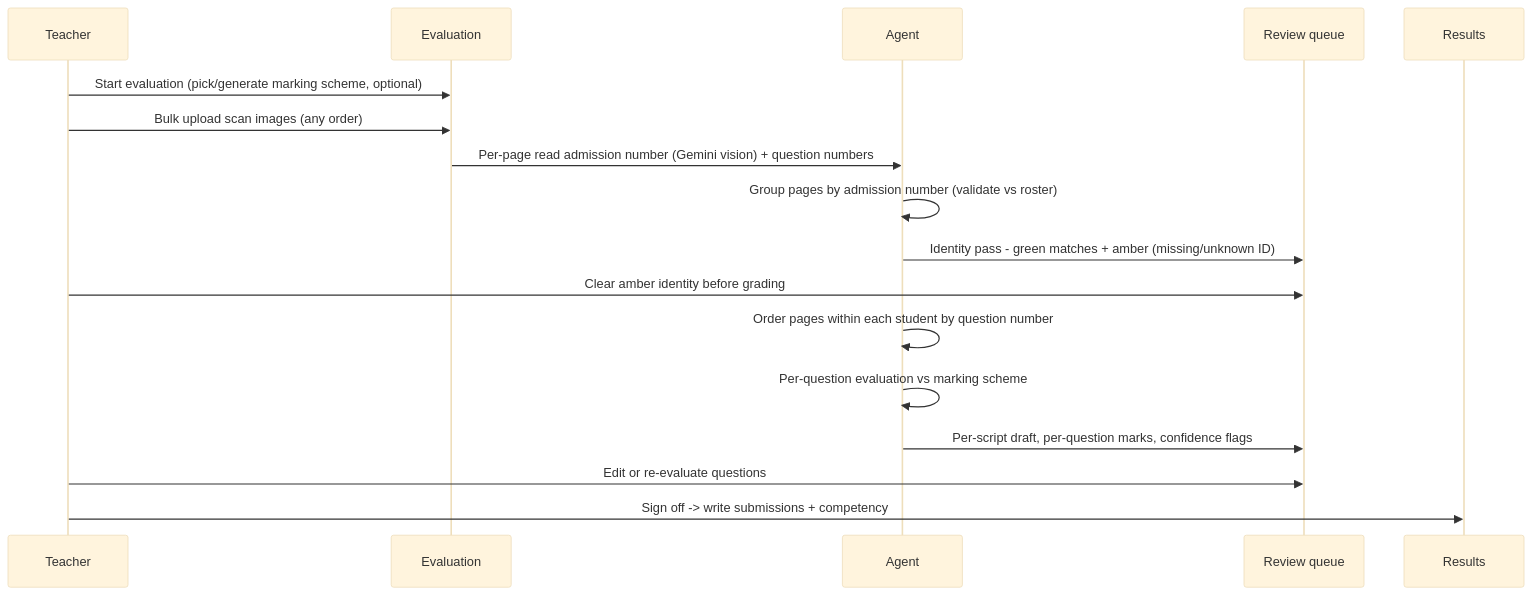
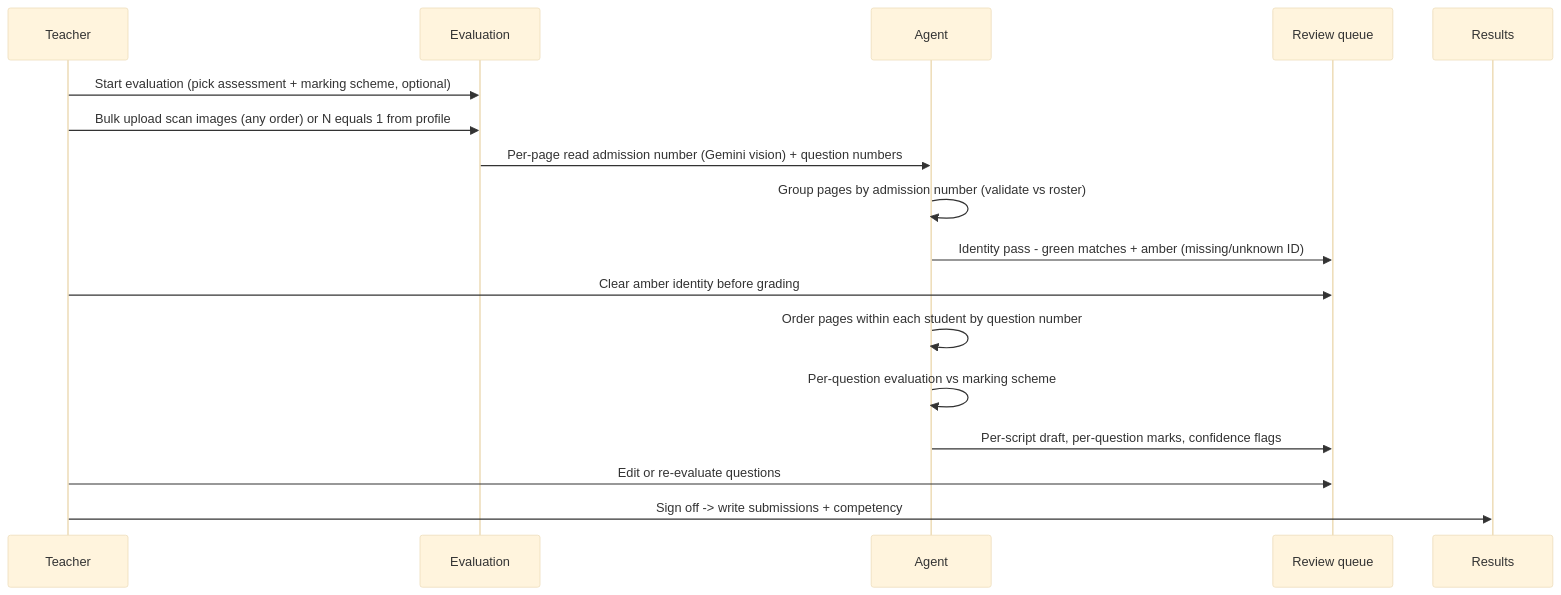
Before and after one commit to nervustech/personalearn: the third of 3 diagrams in docs/sprint-3-specs.md, drawn with Mermaid (base theme). The commit also changed other lines of this file and 1 other file, not shown here.

````diff
--- a/docs/sprint-3-specs.md
+++ b/docs/sprint-3-specs.md
@@ -417,20 +456,20 @@
 ```mermaid
 sequenceDiagram
   participant Teacher
   participant Eval as Evaluation
   participant Agent
   participant Review as Review queue
   participant Results
 
-  Teacher->>Eval: Start evaluation (pick/generate marking scheme, optional)
-  Teacher->>Eval: Bulk upload scan images (any order)
+  Teacher->>Eval: Start evaluation (pick assessment + marking scheme, optional)
+  Teacher->>Eval: Bulk upload scan images (any order) or N equals 1 from profile
   Eval->>Agent: Per-page read admission number (Gemini vision) + question numbers
   Agent->>Agent: Group pages by admission number (validate vs roster)
   Agent->>Review: Identity pass - green matches + amber (missing/unknown ID)
   Teacher->>Review: Clear amber identity before grading
   Agent->>Agent: Order pages within each student by question number
   Agent->>Agent: Per-question evaluation vs marking scheme
   Agent->>Review: Per-script draft, per-question marks, confidence flags
   Teacher->>Review: Edit or re-evaluate questions
   Teacher->>Results: Sign off -> write submissions + competency
 ```
````
